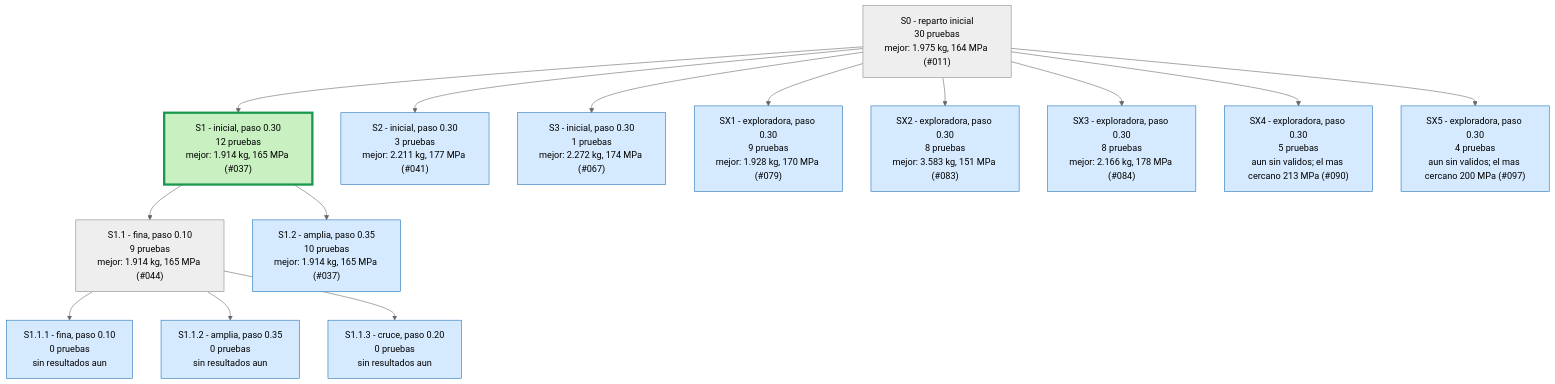
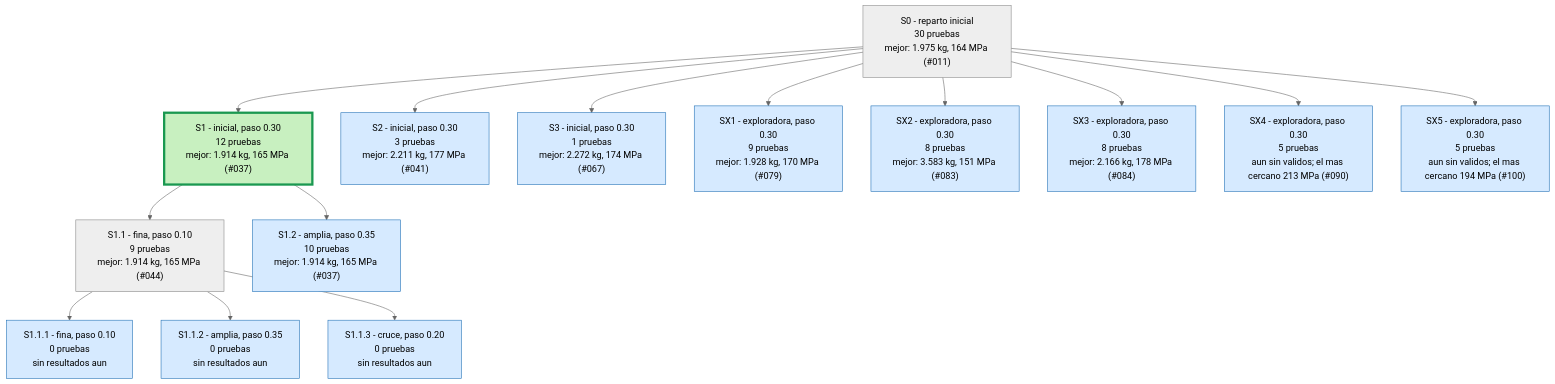
One commit to Hugiko/msd-soporte-optimizacion changed the first of 4 diagrams in runs/opt_37800N/ARBOL.md. Above: the diagram before and after it, drawn with Mermaid (neutral theme). The commit also changed 31 other files, not shown here.

````diff
--- a/runs/opt_37800N/ARBOL.md
+++ b/runs/opt_37800N/ARBOL.md
@@ -9,33 +9,33 @@
 ```mermaid
 graph TD
 classDef activa fill:#d6eaff,stroke:#1f6fb5,color:#000
 classDef fin fill:#eeeeee,stroke:#888,color:#000
 classDef mejor fill:#c8f0c0,stroke:#1a9850,stroke-width:4px,color:#000
 S0["S0 - reparto inicial<br/>30 pruebas<br/>mejor: 1.975 kg, 164 MPa (#011)"]:::fin
 S1["S1 - inicial, paso 0.30<br/>12 pruebas<br/>mejor: 1.914 kg, 165 MPa (#037)"]:::mejor
 S0 --> S1
 S2["S2 - inicial, paso 0.30<br/>3 pruebas<br/>mejor: 2.211 kg, 177 MPa (#041)"]:::activa
 S0 --> S2
 S3["S3 - inicial, paso 0.30<br/>1 pruebas<br/>mejor: 2.272 kg, 174 MPa (#067)"]:::activa
 S0 --> S3
 S1_1["S1.1 - fina, paso 0.10<br/>9 pruebas<br/>mejor: 1.914 kg, 165 MPa (#044)"]:::fin
 S1 --> S1_1
 S1_2["S1.2 - amplia, paso 0.35<br/>10 pruebas<br/>mejor: 1.914 kg, 165 MPa (#037)"]:::activa
 S1 --> S1_2
 S1_1_1["S1.1.1 - fina, paso 0.10<br/>0 pruebas<br/>sin resultados aun"]:::activa
 S1_1 --> S1_1_1
 S1_1_2["S1.1.2 - amplia, paso 0.35<br/>0 pruebas<br/>sin resultados aun"]:::activa
 S1_1 --> S1_1_2
 S1_1_3["S1.1.3 - cruce, paso 0.20<br/>0 pruebas<br/>sin resultados aun"]:::activa
 S1_1 --> S1_1_3
 SX1["SX1 - exploradora, paso 0.30<br/>9 pruebas<br/>mejor: 1.928 kg, 170 MPa (#079)"]:::activa
 S0 --> SX1
 SX2["SX2 - exploradora, paso 0.30<br/>8 pruebas<br/>mejor: 3.583 kg, 151 MPa (#083)"]:::activa
 S0 --> SX2
 SX3["SX3 - exploradora, paso 0.30<br/>8 pruebas<br/>mejor: 2.166 kg, 178 MPa (#084)"]:::activa
 S0 --> SX3
 SX4["SX4 - exploradora, paso 0.30<br/>5 pruebas<br/>aun sin validos; el mas cercano 213 MPa (#090)"]:::activa
 S0 --> SX4
-SX5["SX5 - exploradora, paso 0.30<br/>4 pruebas<br/>aun sin validos; el mas cercano 200 MPa (#097)"]:::activa
+SX5["SX5 - exploradora, paso 0.30<br/>5 pruebas<br/>aun sin validos; el mas cercano 194 MPa (#100)"]:::activa
 S0 --> SX5
 ```
````
